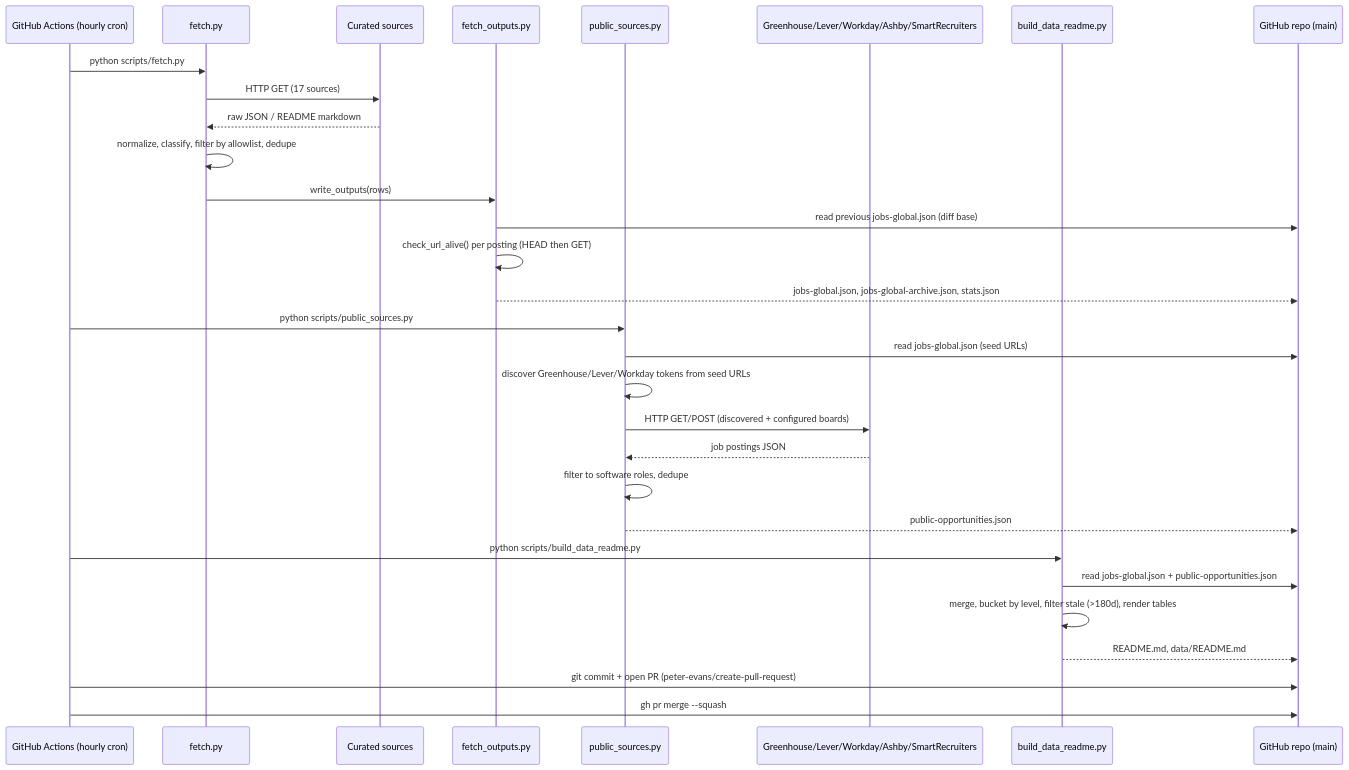
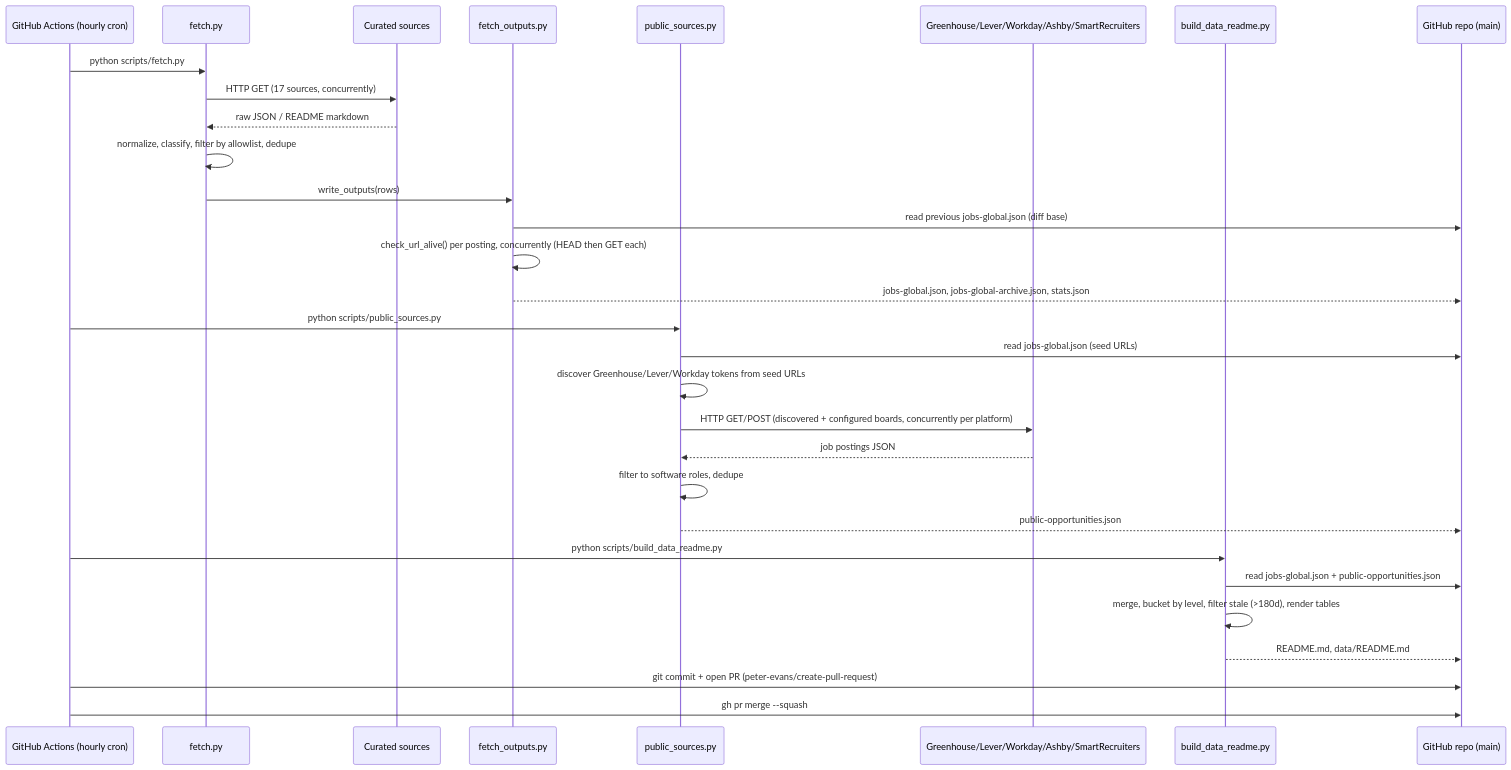
The second of 4 diagrams in docs/ARCHITECTURE.md (AhmedNassar7/tracker), drawn with Mermaid before and after one commit. The commit also changed other lines of this file and 11 other files, not shown here.

````diff
--- a/docs/ARCHITECTURE.md
+++ b/docs/ARCHITECTURE.md
@@ -95,36 +96,36 @@
 ```mermaid
 sequenceDiagram
     participant Cron as GitHub Actions (hourly cron)
     participant Fetch as fetch.py
     participant Src as Curated sources
     participant Out as fetch_outputs.py
     participant Public as public_sources.py
     participant ATS as Greenhouse/Lever/Workday/Ashby/SmartRecruiters
     participant Build as build_data_readme.py
     participant Repo as GitHub repo (main)
 
     Cron->>Fetch: python scripts/fetch.py
-    Fetch->>Src: HTTP GET (17 sources)
+    Fetch->>Src: HTTP GET (17 sources, concurrently)
     Src-->>Fetch: raw JSON / README markdown
     Fetch->>Fetch: normalize, classify, filter by allowlist, dedupe
     Fetch->>Out: write_outputs(rows)
     Out->>Repo: read previous jobs-global.json (diff base)
-    Out->>Out: check_url_alive() per posting (HEAD then GET)
+    Out->>Out: check_url_alive() per posting, concurrently (HEAD then GET each)
     Out-->>Repo: jobs-global.json, jobs-global-archive.json, stats.json
 
     Cron->>Public: python scripts/public_sources.py
     Public->>Repo: read jobs-global.json (seed URLs)
     Public->>Public: discover Greenhouse/Lever/Workday tokens from seed URLs
-    Public->>ATS: HTTP GET/POST (discovered + configured boards)
+    Public->>ATS: HTTP GET/POST (discovered + configured boards, concurrently per platform)
     ATS-->>Public: job postings JSON
     Public->>Public: filter to software roles, dedupe
     Public-->>Repo: public-opportunities.json
 
     Cron->>Build: python scripts/build_data_readme.py
     Build->>Repo: read jobs-global.json + public-opportunities.json
     Build->>Build: merge, bucket by level, filter stale (>180d), render tables
     Build-->>Repo: README.md, data/README.md
 
     Cron->>Repo: git commit + open PR (peter-evans/create-pull-request)
     Cron->>Repo: gh pr merge --squash
 ```
````
